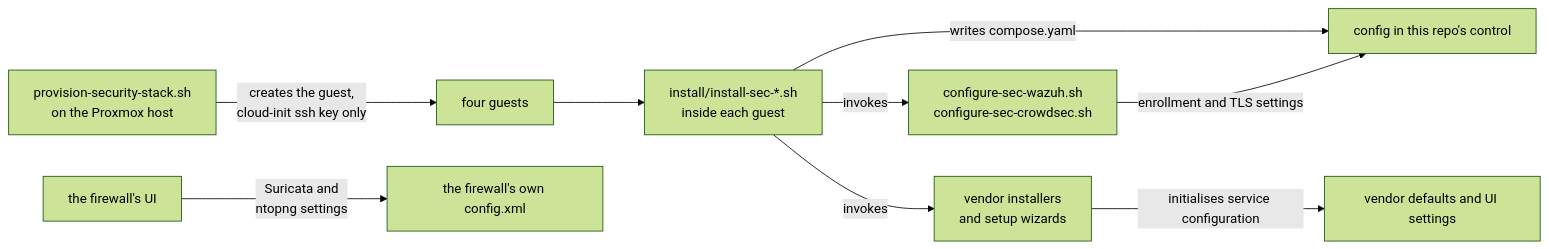
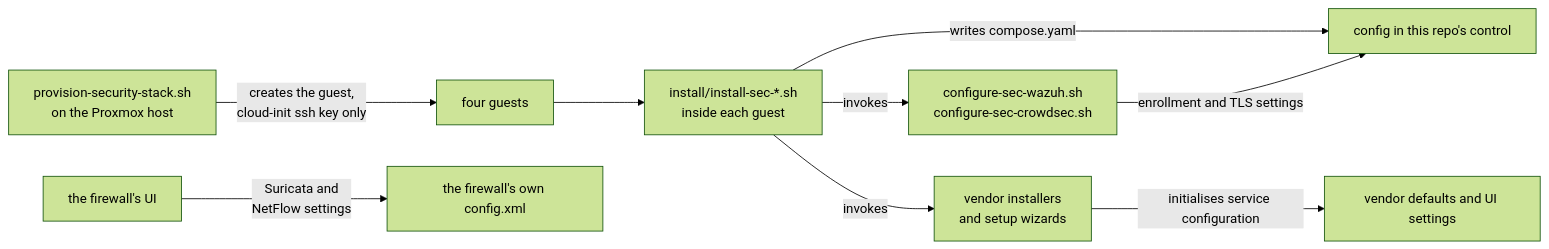
Before and after one commit to HarshitRuwali/homelab-infra: the diagram in security/docs/components/index.md, drawn with Mermaid (forest theme). The commit also changed other lines of this file and 18 other files, not shown here.

````diff
--- a/security/docs/components/index.md
+++ b/security/docs/components/index.md
@@ -445,15 +431,15 @@
 ```mermaid
 flowchart LR
     PROV["provision-security-stack.sh<br/>on the Proxmox host"]
     INST["install/install-sec-*.sh<br/>inside each guest"]
     VEND["vendor installers<br/>and setup wizards"]
 
     PROV -->|"creates the guest,<br/>cloud-init ssh key only"| G["four guests"]
     G --> INST
     INST -->|"writes compose.yaml"| CFG["config in this repo's control"]
     INST -->|"invokes"| VEND
     INST -->|"invokes"| AUTH["configure-sec-wazuh.sh<br/>configure-sec-crowdsec.sh"]
     AUTH -->|"enrollment and TLS settings"| CFG
     VEND -->|"initialises service configuration"| BASE["vendor defaults and UI settings"]
-    FW["the firewall's UI"] -->|"Suricata and<br/>ntopng settings"| FWC["the firewall's own config.xml"]
+    FW["the firewall's UI"] -->|"Suricata and<br/>NetFlow settings"| FWC["the firewall's own config.xml"]
 ```
````
